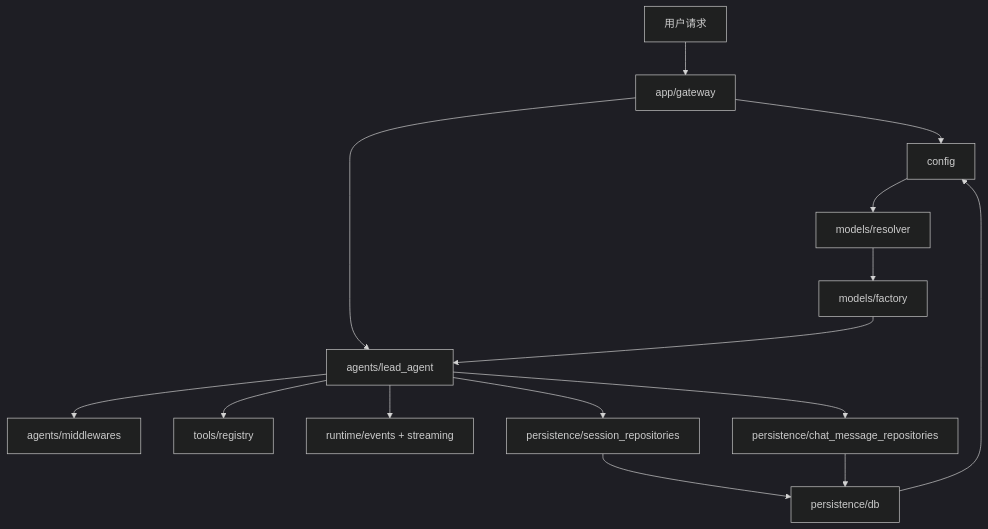
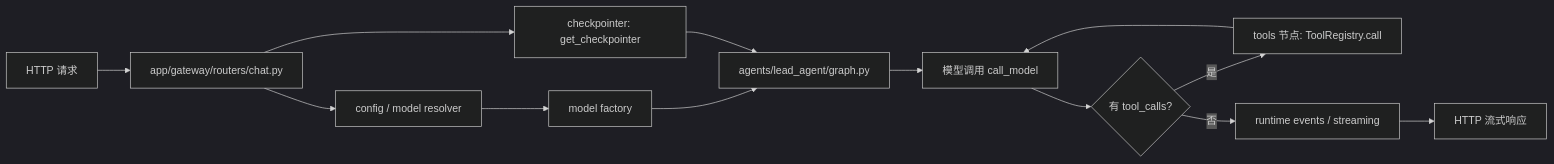
One commit to G0-000/my-agent-flow changed the first of 2 diagrams in backend/packages/harness/myagentflow/代码结构导览.md. Above: the diagram before and after it, drawn with Mermaid (dark theme). The commit also changed other lines of this file and 3 other files, not shown here.

````diff
--- a/backend/packages/harness/myagentflow/代码结构导览.md
+++ b/backend/packages/harness/myagentflow/代码结构导览.md
@@ -39,17 +33,15 @@
 ```mermaid
-flowchart TD
-  U[用户请求] --> GW[app/gateway]
-  GW --> CFG[config]
-  CFG --> RES[models/resolver]
-  RES --> FAC[models/factory]
-  GW --> AG[agents/lead_agent]
-  FAC --> AG
-  AG --> MW[agents/middlewares]
-  AG --> TL[tools/registry]
-  AG --> RT[runtime/events + streaming]
-  AG --> SR[persistence/session_repositories]
-  AG --> MR[persistence/chat_message_repositories]
-  SR --> DB[persistence/db]
-  MR --> DB
-  DB --> CFG
+flowchart LR
+  U[HTTP 请求] --> GW[app/gateway/routers/chat.py]
+  GW --> CFG[config / model resolver]
+  CFG --> FAC[model factory]
+  FAC --> G[agents/lead_agent/graph.py]
+  GW --> CP[checkpointer: get_checkpointer]
+  CP --> G
+  G --> M[模型调用 call_model]
+  M --> T{有 tool_calls?}
+  T -- 是 --> TR[tools 节点: ToolRegistry.call]
+  TR --> M
+  T -- 否 --> RT[runtime events / streaming]
+  RT --> OUT[HTTP 流式响应]
 ```
````
